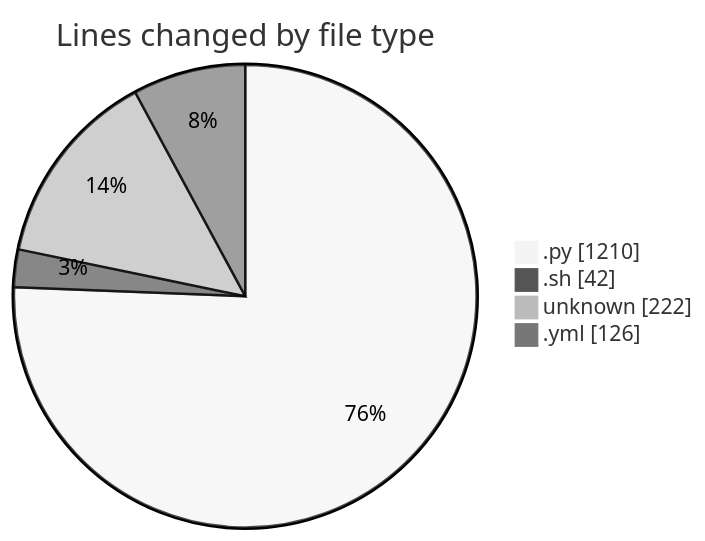
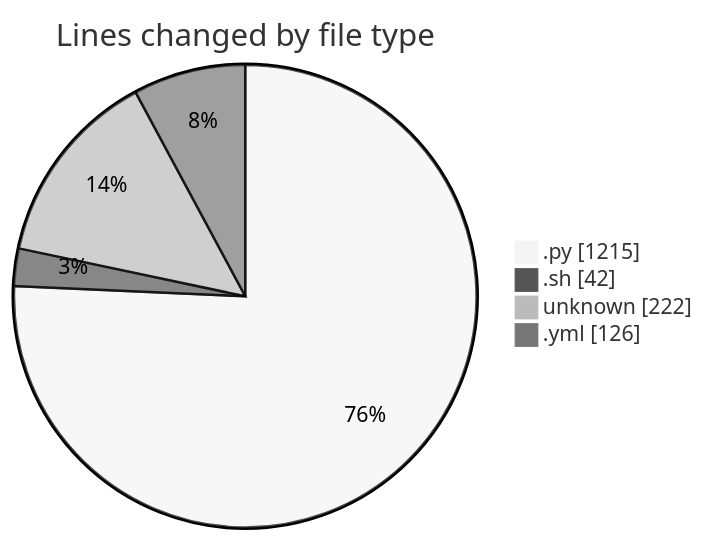
Before and after one commit to Elitesun/code-tracking: the first of 2 diagrams in 2025-05-14/niten/README.md, drawn with Mermaid (neutral theme). The commit also changed other lines of this file and 1 other file, not shown here.

````diff
--- a/2025-05-14/niten/README.md
+++ b/2025-05-14/niten/README.md
@@ -33,8 +33,8 @@
 ```mermaid
 pie showData
 title Lines changed by file type
-".py" : 1210
+".py" : 1215
 ".sh" : 42
 "unknown" : 222
 ".yml" : 126
 ```
````
